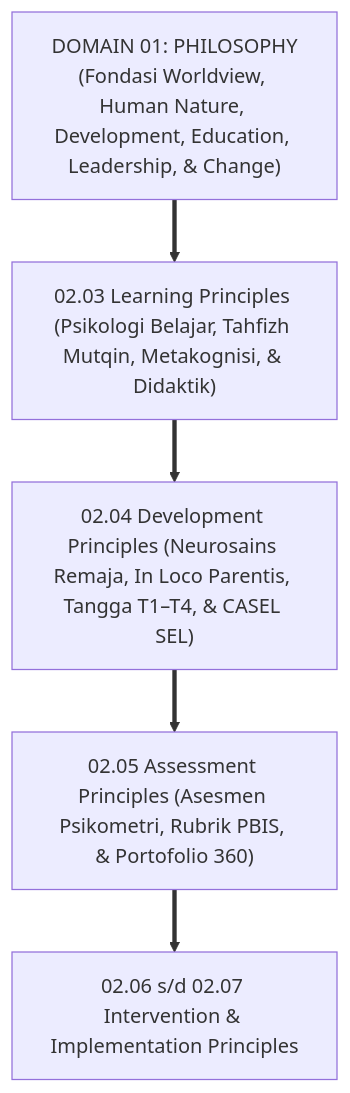
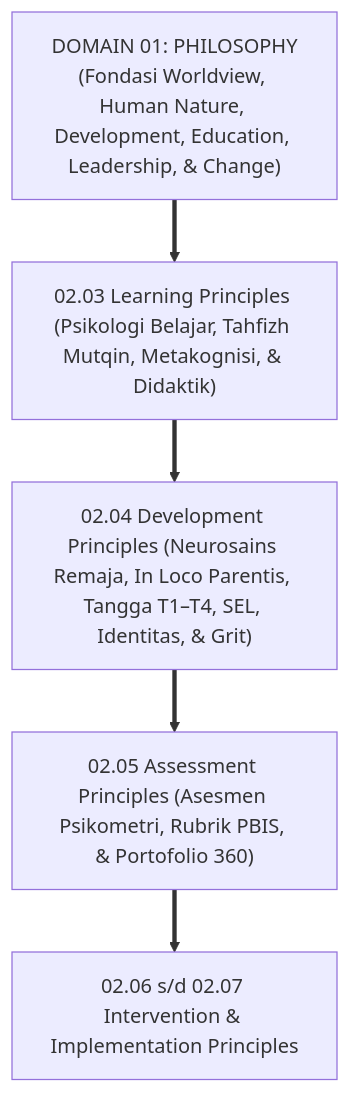
The first of 3 diagrams in 02 Principles/04 Development Principles/P2-04-Prinsip-Perkembangan-Santri-TUMBUH.md (wandiapriliyandi/tumbuh), drawn with Mermaid before and after one commit. The commit also changed other lines of this file and 32 other files, not shown here.

````diff
--- a/02 Principles/04 Development Principles/P2-04-Prinsip-Perkembangan-Santri-TUMBUH.md
+++ b/02 Principles/04 Development Principles/P2-04-Prinsip-Perkembangan-Santri-TUMBUH.md
@@ -50,11 +50,11 @@
 ```mermaid
 graph TD
     D1["DOMAIN 01: PHILOSOPHY<br/>(Fondasi Worldview, Human Nature, Development, Education, Leadership, & Change)"]
     ==> D2_03["02.03 Learning Principles (Psikologi Belajar, Tahfizh Mutqin, Metakognisi, & Didaktik)"]
     
-    D2_03 ==> D2_04["02.04 Development Principles (Neurosains Remaja, In Loco Parentis, Tangga T1–T4, & CASEL SEL)"]
+    D2_03 ==> D2_04["02.04 Development Principles (Neurosains Remaja, In Loco Parentis, Tangga T1–T4, SEL, Identitas, & Grit)"]
     
     D2_04 ==> D2_05["02.05 Assessment Principles (Asesmen Psikometri, Rubrik PBIS, & Portofolio 360)"]
     
     D2_05 ==> D2_Others["02.06 s/d 02.07 Intervention & Implementation Principles"]
 ```
````
